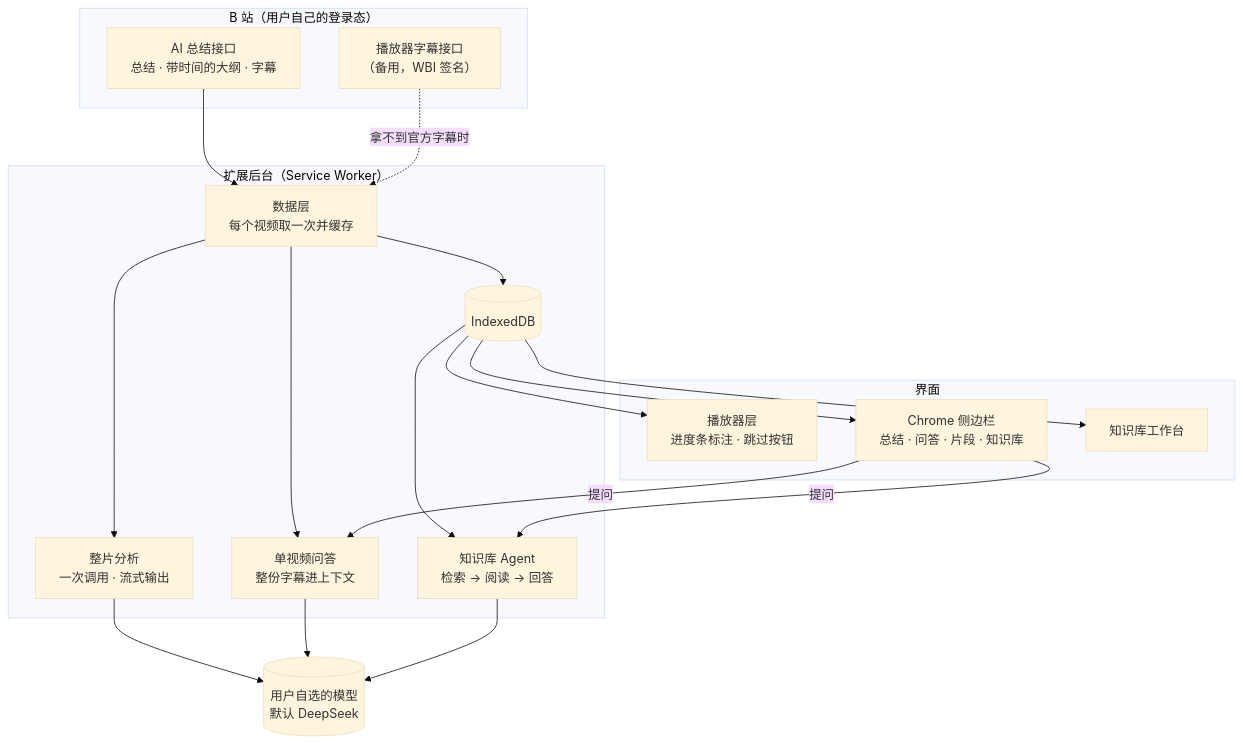
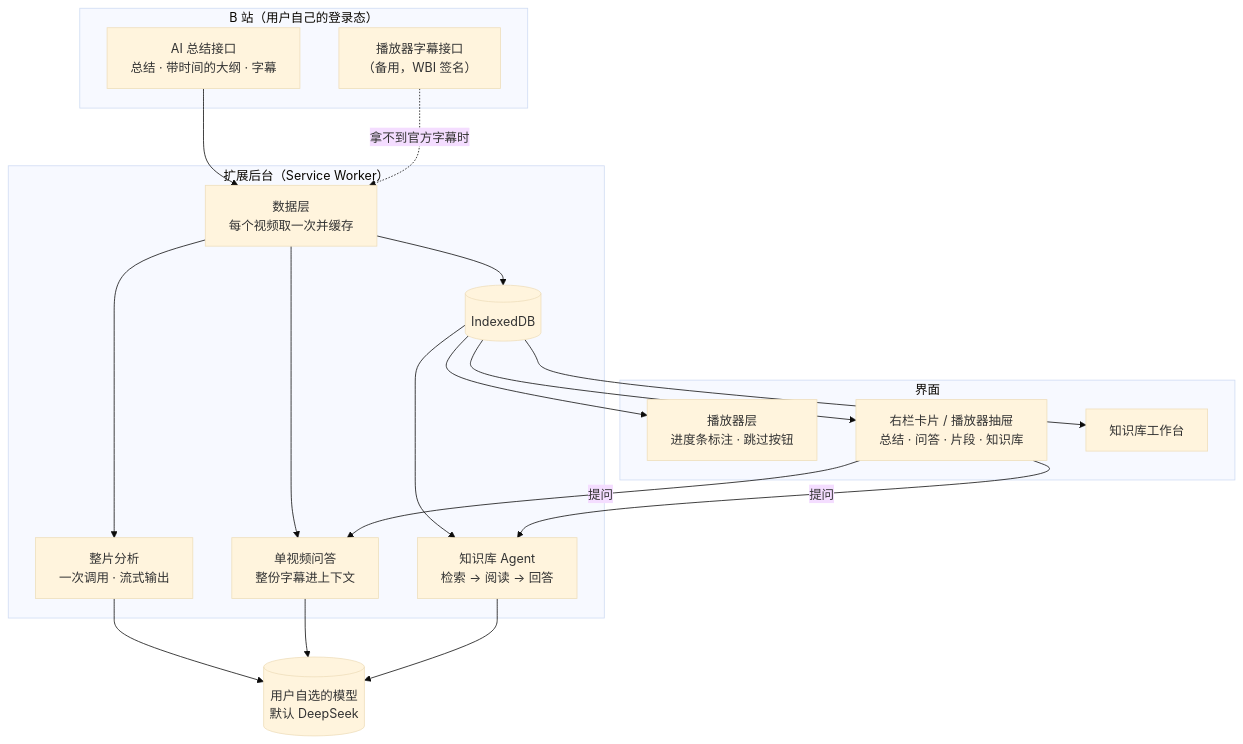
Before and after one commit to Crisply2404/BilibiliDry: the diagram in docs/ARCHITECTURE.md, drawn with Mermaid (base theme). The commit also changed other lines of this file and 39 other files, not shown here.

````diff
--- a/docs/ARCHITECTURE.md
+++ b/docs/ARCHITECTURE.md
@@ -7,28 +7,28 @@
 ```mermaid
 flowchart TB
   subgraph Bili["B 站（用户自己的登录态）"]
     O["AI 总结接口<br/>总结 · 带时间的大纲 · 字幕"]
     P["播放器字幕接口<br/>（备用，WBI 签名）"]
   end
   subgraph SW["扩展后台（Service Worker）"]
     D["数据层<br/>每个视频取一次并缓存"]
     A["整片分析<br/>一次调用 · 流式输出"]
     Q["单视频问答<br/>整份字幕进上下文"]
     L["知识库 Agent<br/>检索 → 阅读 → 回答"]
     DB[("IndexedDB")]
   end
   subgraph UI["界面"]
     PL["播放器层<br/>进度条标注 · 跳过按钮"]
-    SP["Chrome 侧边栏<br/>总结 · 问答 · 片段 · 知识库"]
+    SP["右栏卡片 / 播放器抽屉<br/>总结 · 问答 · 片段 · 知识库"]
     WB["知识库工作台"]
   end
   M[("用户自选的模型<br/>默认 DeepSeek")]
   O --> D
   P -.拿不到官方字幕时.-> D
   D --> DB
   D --> A & Q
   DB --> L
   A & Q & L --> M
   DB --> PL & SP & WB
   SP -- 提问 --> Q & L
 ```
````
